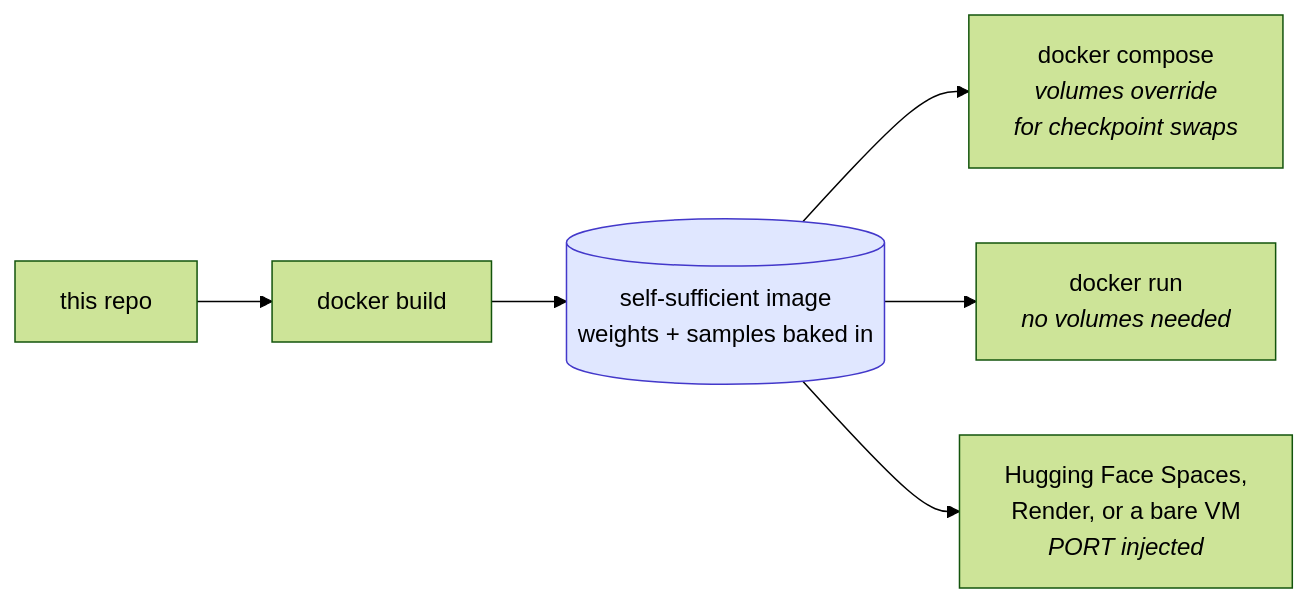
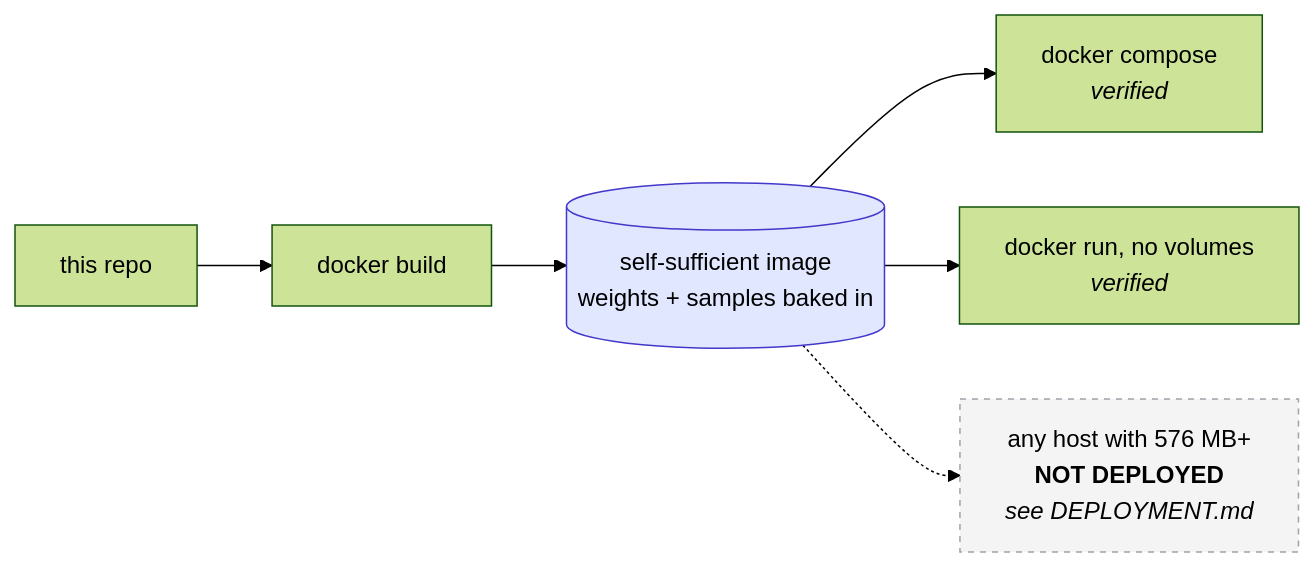
One commit to ShivrajRajasekaran/Logistics-Exception-Engine changed the fourth of 4 diagrams in README.md. Above: the diagram before and after it, drawn with Mermaid (forest theme). The commit also changed other lines of this file and 9 other files, not shown here.

````diff
--- a/README.md
+++ b/README.md
@@ -281,10 +292,11 @@
 ```mermaid
 flowchart LR
     REPO["this repo"] --> BUILD["docker build"]
     BUILD --> IMG[("self-sufficient image<br/>weights + samples baked in")]
-    IMG --> LOCAL["docker compose<br/><i>volumes override<br/>for checkpoint swaps</i>"]
-    IMG --> RUN["docker run<br/><i>no volumes needed</i>"]
-    IMG --> HOST["Hugging Face Spaces,<br/>Render, or a bare VM<br/><i>PORT injected</i>"]
+    IMG --> LOCAL["docker compose<br/><i>verified</i>"]
+    IMG --> RUN["docker run, no volumes<br/><i>verified</i>"]
+    IMG -.-> HOST["any host with 576 MB+<br/><b>NOT DEPLOYED</b><br/><i>see DEPLOYMENT.md</i>"]
 
     style IMG fill:#e0e7ff,stroke:#4338ca
+    style HOST fill:#f4f4f5,stroke:#a1a1aa,stroke-dasharray: 4 4
 ```
````
